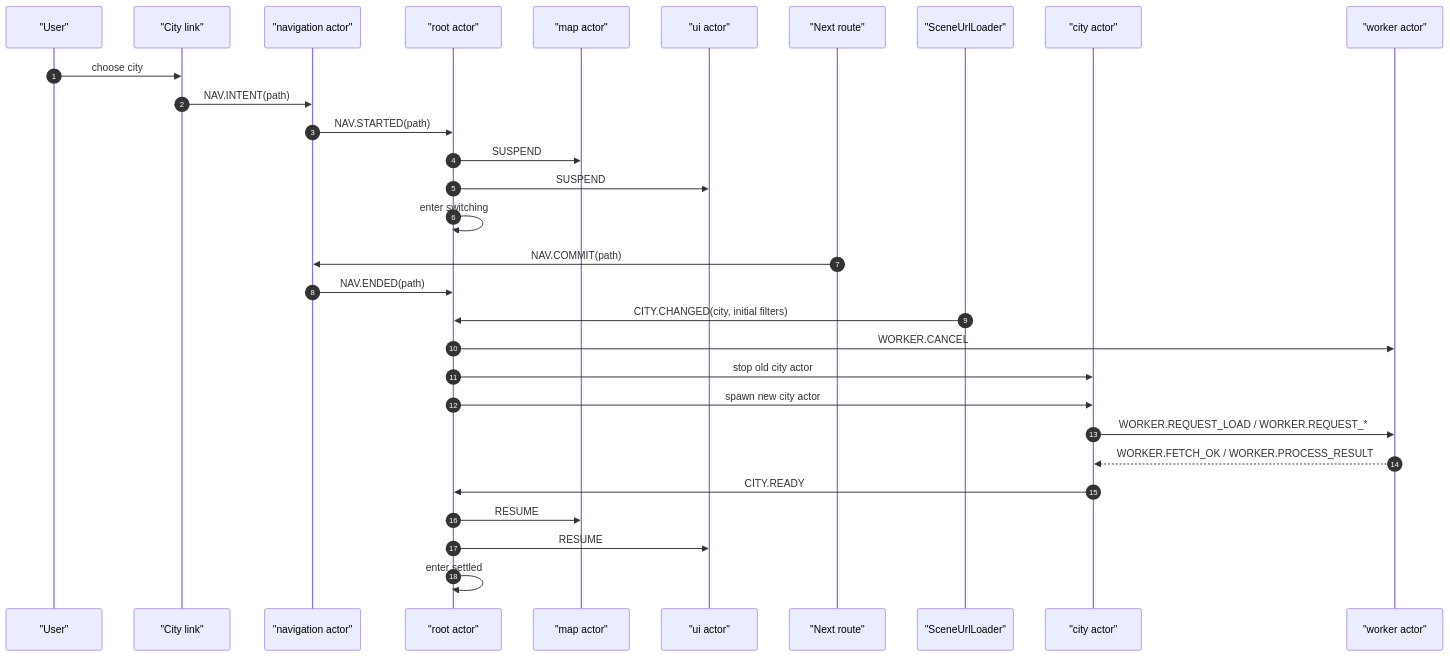
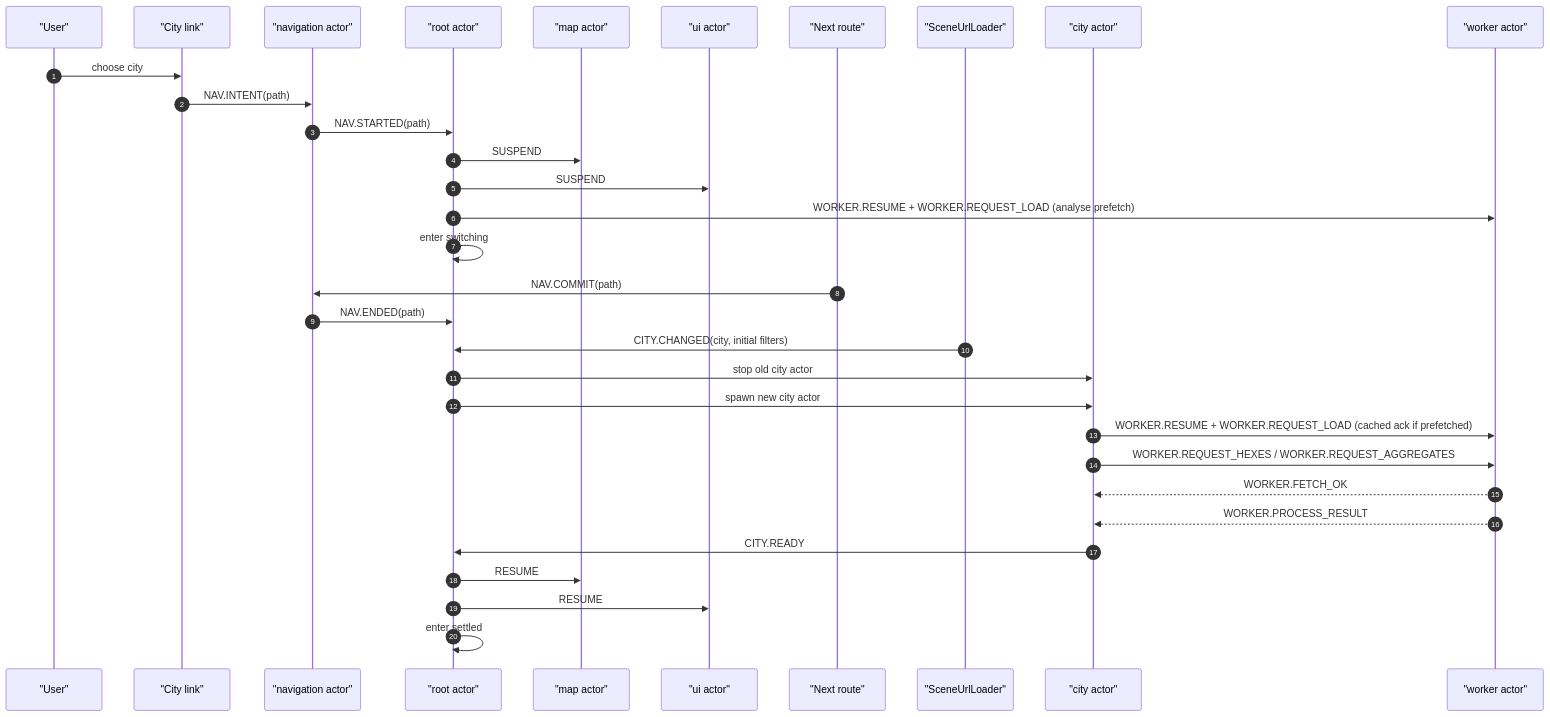
One commit to Ahmed-Abdel-karim/plainsight changed the fourth of 6 diagrams in docs/runtime-orchestration.md. Above: the diagram before and after it, drawn with Mermaid. The commit also changed other lines of this file and 65 other files, not shown here.

````diff
--- a/docs/runtime-orchestration.md
+++ b/docs/runtime-orchestration.md
@@ -89,37 +93,39 @@
 ```mermaid
 sequenceDiagram
   autonumber
   participant User as "User"
   participant CityLink as "City link"
   participant Nav as "navigation actor"
   participant Root as "root actor"
   participant Map as "map actor"
   participant UI as "ui actor"
   participant Route as "Next route"
   participant Loader as "SceneUrlLoader"
   participant City as "city actor"
   participant Worker as "worker actor"
 
   User->>CityLink: choose city
   CityLink->>Nav: NAV.INTENT(path)
   Nav->>Root: NAV.STARTED(path)
   Root->>Map: SUSPEND
   Root->>UI: SUSPEND
+  Root->>Worker: WORKER.RESUME + WORKER.REQUEST_LOAD (analyse prefetch)
   Root->>Root: enter switching
 
   Route->>Nav: NAV.COMMIT(path)
   Nav->>Root: NAV.ENDED(path)
 
   Loader->>Root: CITY.CHANGED(city, initial filters)
-  Root->>Worker: WORKER.CANCEL
   Root->>City: stop old city actor
   Root->>City: spawn new city actor
 
-  City->>Worker: WORKER.REQUEST_LOAD / WORKER.REQUEST_*
-  Worker-->>City: WORKER.FETCH_OK / WORKER.PROCESS_RESULT
+  City->>Worker: WORKER.RESUME + WORKER.REQUEST_LOAD (cached ack if prefetched)
+  City->>Worker: WORKER.REQUEST_HEXES / WORKER.REQUEST_AGGREGATES
+  Worker-->>City: WORKER.FETCH_OK
+  Worker-->>City: WORKER.PROCESS_RESULT
 
   City->>Root: CITY.READY
   Root->>Map: RESUME
   Root->>UI: RESUME
   Root->>Root: enter settled
 ```
````
